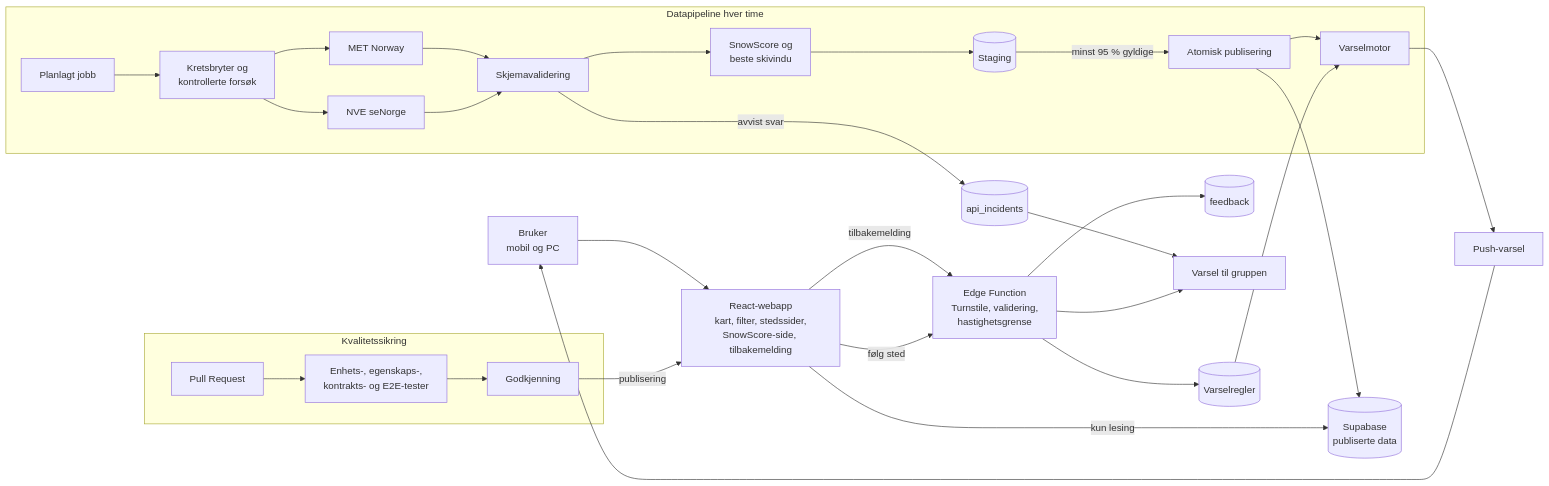
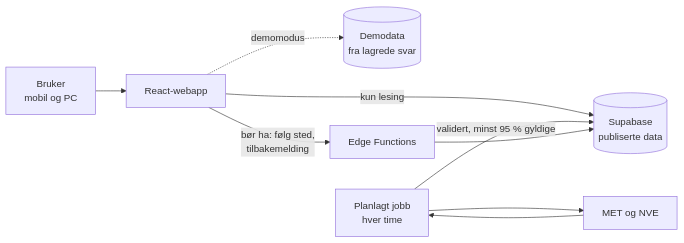
One commit to IBE160-2026/G18-bikila-dymbe-gela-james changed the diagram in project-phase-folders/1-Oppstartsfasen/SnowFinder-Produktbrief.md. Above: the diagram before and after it, drawn with Mermaid. The commit also changed other lines of this file and 2 other files, not shown here.

Commit message:
Oppdater produktbriefen etter faglærers tilbakemelding

````diff
--- a/project-phase-folders/1-Oppstartsfasen/SnowFinder-Produktbrief.md
+++ b/project-phase-folders/1-Oppstartsfasen/SnowFinder-Produktbrief.md
@@ -182,36 +222,11 @@
 ```mermaid
 flowchart LR
-    U["Bruker<br/>mobil og PC"] --> FE["React-webapp<br/>kart, filter, stedssider,<br/>SnowScore-side, tilbakemelding"]
+    U["Bruker<br/>mobil og PC"] --> FE["React-webapp"]
     FE -- "kun lesing" --> DB[("Supabase<br/>publiserte data")]
-    FE -- "tilbakemelding" --> EF["Edge Function<br/>Turnstile, validering,<br/>hastighetsgrense"]
-    EF --> FB[("feedback")]
-    FE -- "følg sted" --> EF
-
-    subgraph PIPE["Datapipeline hver time"]
-        J["Planlagt jobb"] --> CB["Kretsbryter og<br/>kontrollerte forsøk"]
-        CB --> MET["MET Norway"]
-        CB --> NVE["NVE seNorge"]
-        MET --> V["Skjemavalidering"]
-        NVE --> V
-        V --> S["SnowScore og<br/>beste skivindu"]
-        S --> ST[("Staging")]
-        ST -- "minst 95 % gyldige" --> PUB["Atomisk publisering"]
-        PUB --> AL["Varselmotor"]
-    end
-
-    PUB --> DB
-    EF --> AR[("Varselregler")]
-    AR --> AL
-    AL --> PUSH["Push-varsel"]
-    PUSH --> U
-    V -- "avvist svar" --> LOG[("api_incidents")]
-    LOG --> TEAM["Varsel til gruppen"]
-    EF --> TEAM
-
-    subgraph QA["Kvalitetssikring"]
-        PR["Pull Request"] --> T["Enhets-, egenskaps-,<br/>kontrakts- og E2E-tester"]
-        T --> G["Godkjenning"]
-    end
-
-    G -- "publisering" --> FE
+    FE -. "demomodus" .-> DEMO[("Demodata<br/>fra lagrede svar")]
+    J["Planlagt jobb<br/>hver time"] --> MET["MET og NVE"]
+    MET --> J
+    J -- "validert, minst 95 % gyldige" --> DB
+    FE -- "bør ha: følg sted,<br/>tilbakemelding" --> EF["Edge Functions"]
+    EF --> DB
 ```
````
